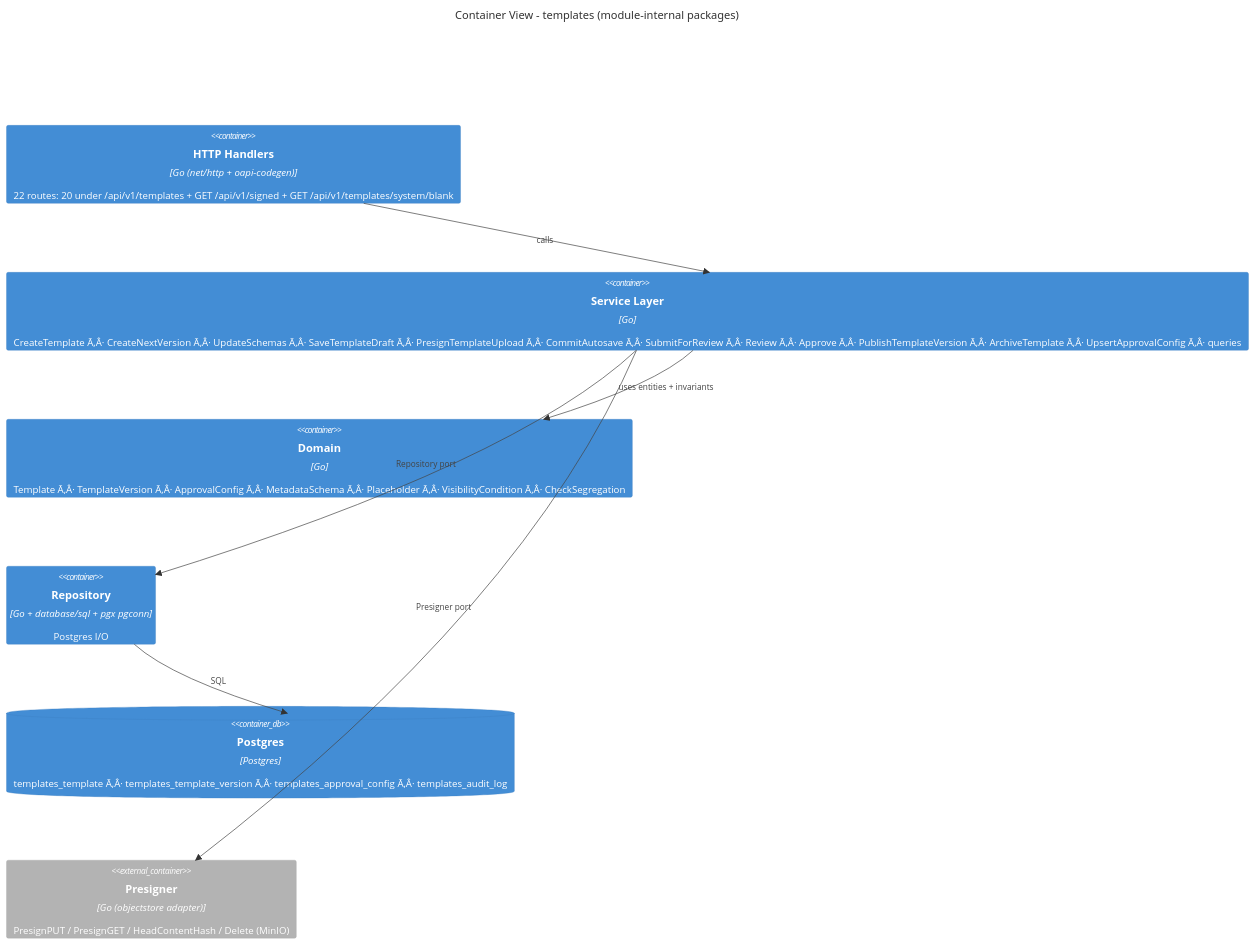
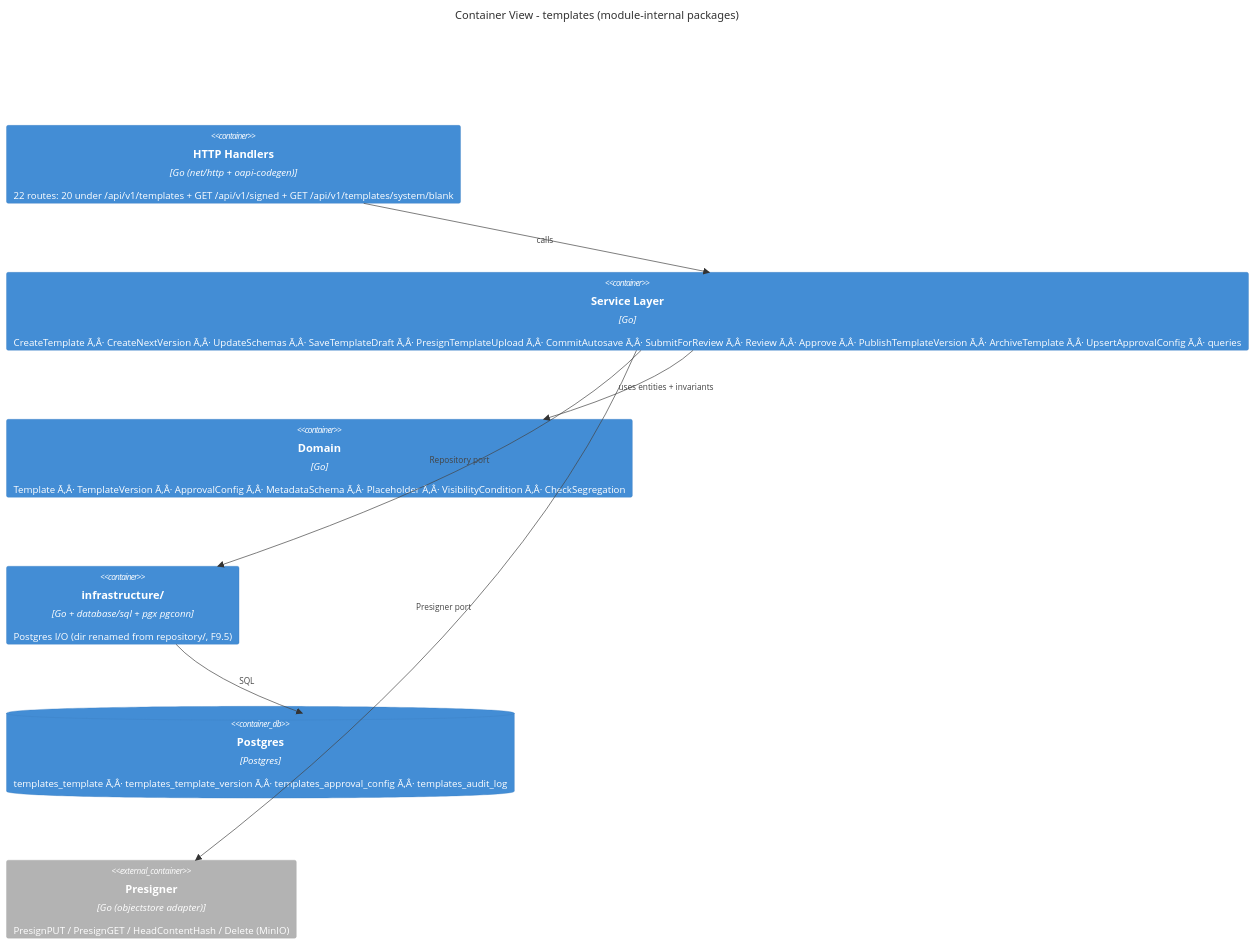
One commit to developmentconexus-ops/MetalDocs changed the second of 5 diagrams in wiki/modules/templates.md. Above: the diagram before and after it, drawn with Mermaid. The commit also changed other lines of this file and 17 other files, not shown here.

````diff
--- a/wiki/modules/templates.md
+++ b/wiki/modules/templates.md
@@ -154,15 +154,15 @@
 ```mermaid
 C4Container
     title Container View - templates (module-internal packages)
     Container(http, "HTTP Handlers", "Go (net/http + oapi-codegen)", "22 routes: 20 under /api/v1/templates + GET /api/v1/signed + GET /api/v1/templates/system/blank")
     Container(svc, "Service Layer", "Go", "CreateTemplate Ã‚Â· CreateNextVersion Ã‚Â· UpdateSchemas Ã‚Â· SaveTemplateDraft Ã‚Â· PresignTemplateUpload Ã‚Â· CommitAutosave Ã‚Â· SubmitForReview Ã‚Â· Review Ã‚Â· Approve Ã‚Â· PublishTemplateVersion Ã‚Â· ArchiveTemplate Ã‚Â· UpsertApprovalConfig Ã‚Â· queries")
     Container(domain, "Domain", "Go", "Template Ã‚Â· TemplateVersion Ã‚Â· ApprovalConfig Ã‚Â· MetadataSchema Ã‚Â· Placeholder Ã‚Â· VisibilityCondition Ã‚Â· CheckSegregation")
-    Container(repo, "Repository", "Go + database/sql + pgx pgconn", "Postgres I/O")
+    Container(repo, "infrastructure/", "Go + database/sql + pgx pgconn", "Postgres I/O (dir renamed from repository/, F9.5)")
     ContainerDb(db, "Postgres", "Postgres", "templates_template Ã‚Â· templates_template_version Ã‚Â· templates_approval_config Ã‚Â· templates_audit_log")
     Container_Ext(presigner, "Presigner", "Go (objectstore adapter)", "PresignPUT / PresignGET / HeadContentHash / Delete (MinIO)")
     Rel(http, svc, "calls")
     Rel(svc, domain, "uses entities + invariants")
     Rel(svc, repo, "Repository port")
     Rel(svc, presigner, "Presigner port")
     Rel(repo, db, "SQL")
 ```
````
